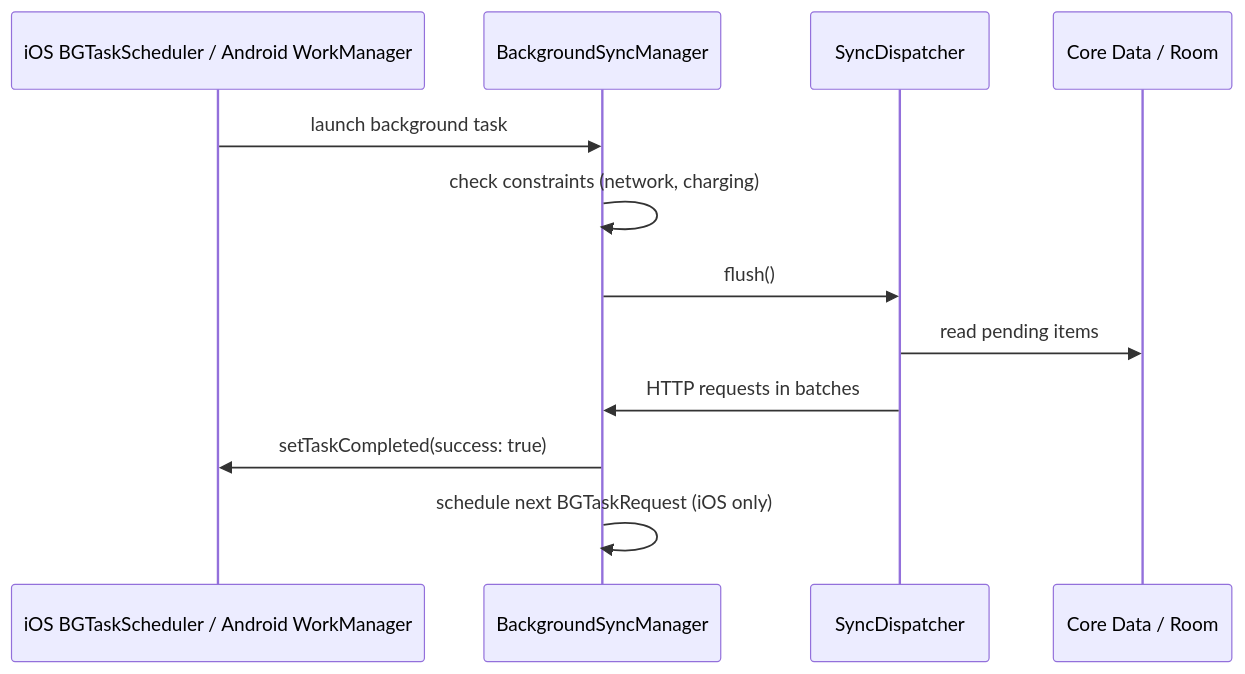
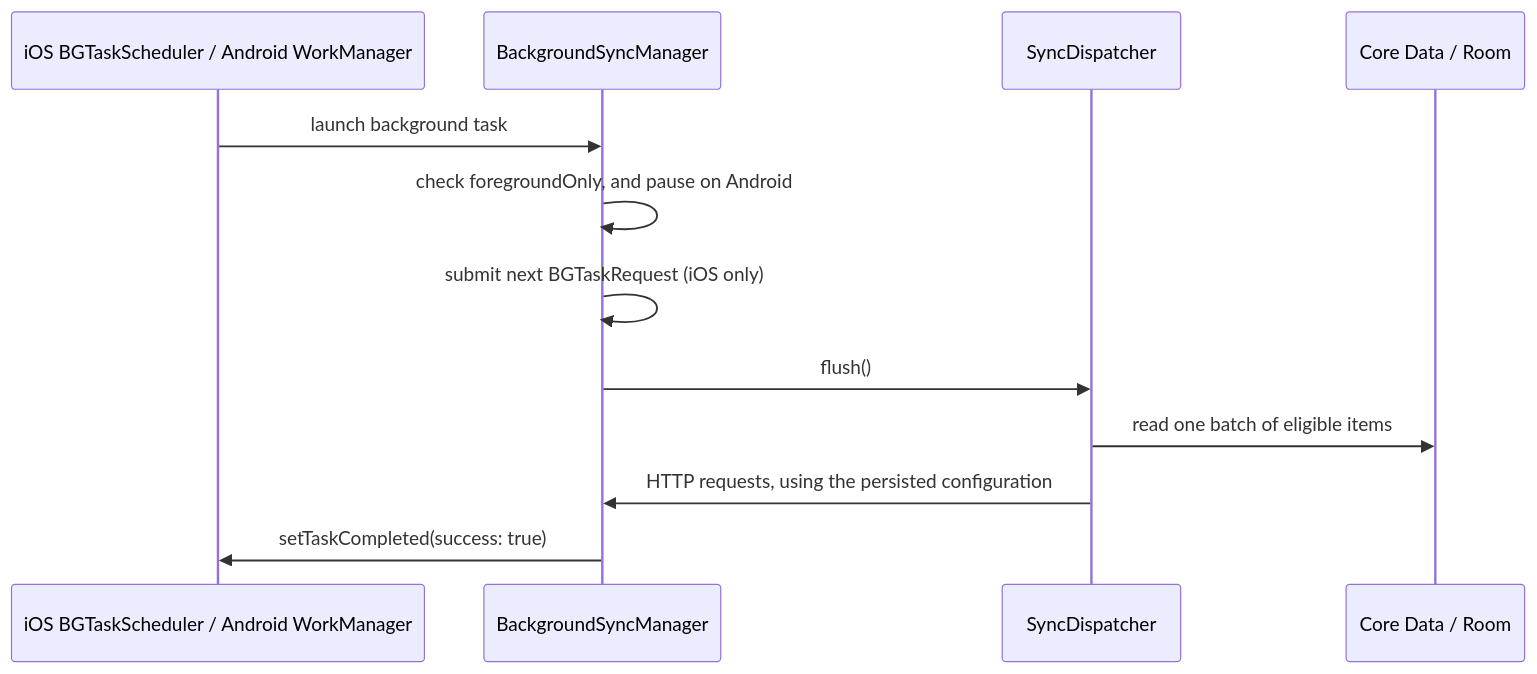
One commit to gabriel-sisjr/react-native-sync-provider changed the fourth of 6 diagrams in website/docs/architecture/data-flow.md. Above: the diagram before and after it, drawn with Mermaid. The commit also changed other lines of this file and 62 other files, not shown here.

````diff
--- a/website/docs/architecture/data-flow.md
+++ b/website/docs/architecture/data-flow.md
@@ -105,15 +117,15 @@
 ```mermaid
 sequenceDiagram
     participant OS as iOS BGTaskScheduler / Android WorkManager
     participant Native as BackgroundSyncManager
     participant Disp as SyncDispatcher
     participant Storage as Core Data / Room
 
     OS->>Native: launch background task
-    Native->>Native: check constraints (network, charging)
+    Native->>Native: check foregroundOnly, and pause on Android
+    Native->>Native: submit next BGTaskRequest (iOS only)
     Native->>Disp: flush()
-    Disp->>Storage: read pending items
-    Disp->>Native: HTTP requests in batches
+    Disp->>Storage: read one batch of eligible items
+    Disp->>Native: HTTP requests, using the persisted configuration
     Native->>OS: setTaskCompleted(success: true)
-    Native->>Native: schedule next BGTaskRequest (iOS only)
 ```
````
